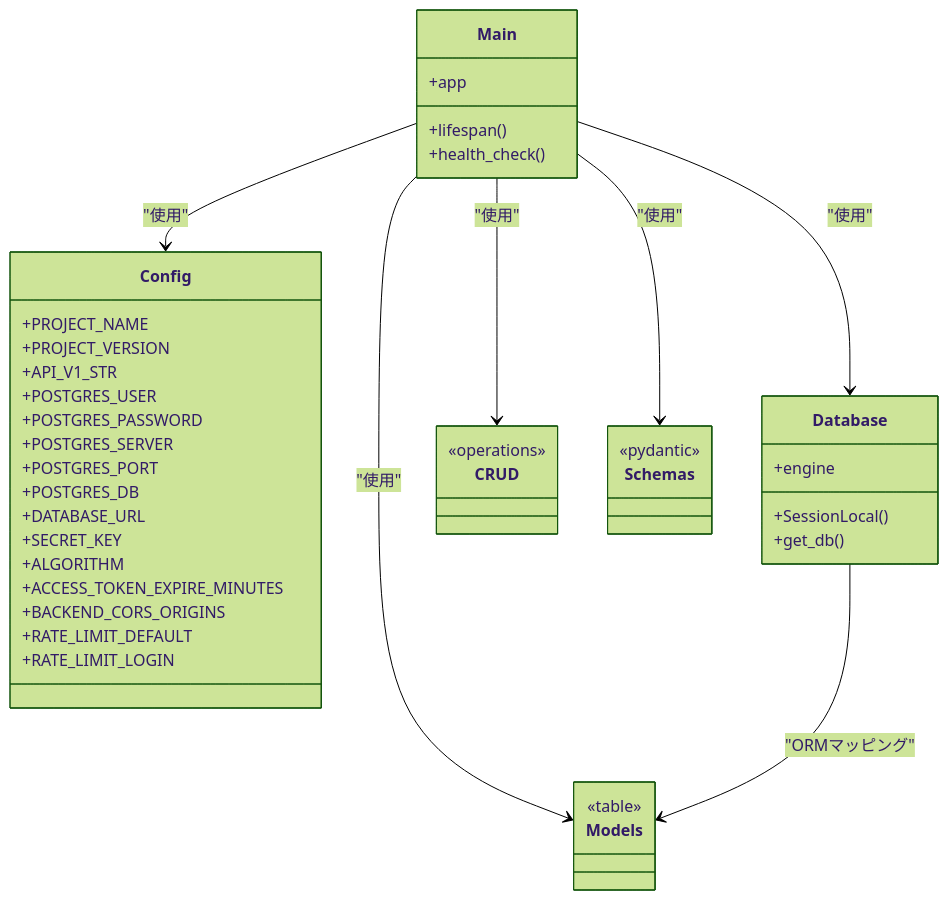
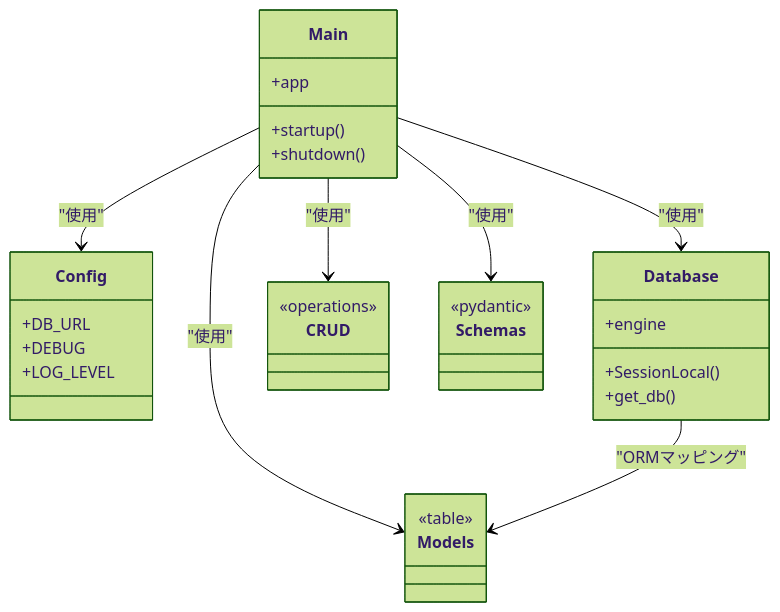
The fourth of 7 diagrams in .qoder/repowiki/ja/content/アーキテクチャ/インフラアーキテクチャ.md (ss8806/Todos), drawn with Mermaid (forest theme) before and after one commit. The commit also changed other lines of this file and 5 other files, not shown here.

First line of the commit message:
📐 Architecture Diagram詳細化

````diff
--- a/.qoder/repowiki/ja/content/アーキテクチャ/インフラアーキテクチャ.md
+++ b/.qoder/repowiki/ja/content/アーキテクチャ/インフラアーキテクチャ.md
@@ -309,45 +289,33 @@
 ```mermaid
 classDiagram
 class Config {
-+PROJECT_NAME
-+PROJECT_VERSION
-+API_V1_STR
-+POSTGRES_USER
-+POSTGRES_PASSWORD
-+POSTGRES_SERVER
-+POSTGRES_PORT
-+POSTGRES_DB
-+DATABASE_URL
-+SECRET_KEY
-+ALGORITHM
-+ACCESS_TOKEN_EXPIRE_MINUTES
-+BACKEND_CORS_ORIGINS
-+RATE_LIMIT_DEFAULT
-+RATE_LIMIT_LOGIN
++DB_URL
++DEBUG
++LOG_LEVEL
 }
 class Database {
 +engine
 +SessionLocal()
 +get_db()
 }
 class Models {
 <<table>>
 }
 class CRUD {
 <<operations>>
 }
 class Schemas {
 <<pydantic>>
 }
 class Main {
 +app
-+lifespan()
-+health_check()
++startup()
++shutdown()
 }
 Main --> Config : "使用"
 Main --> Database : "使用"
 Main --> Models : "使用"
 Main --> CRUD : "使用"
 Main --> Schemas : "使用"
 Database --> Models : "ORMマッピング"
 ```
````
